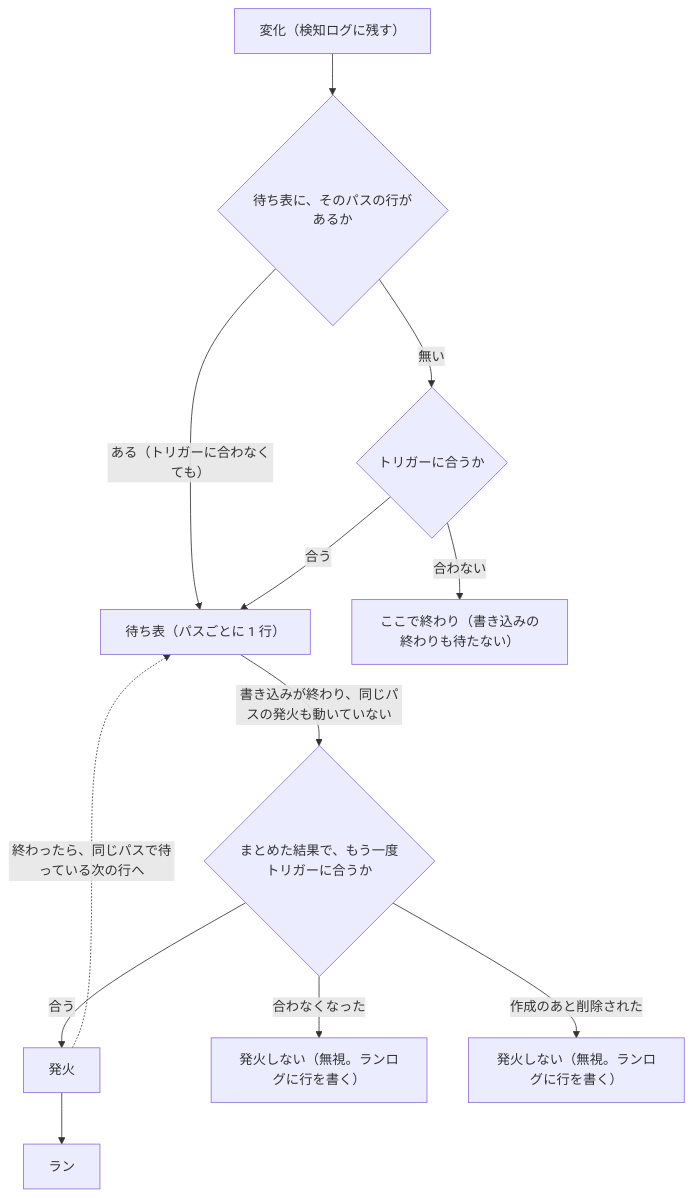
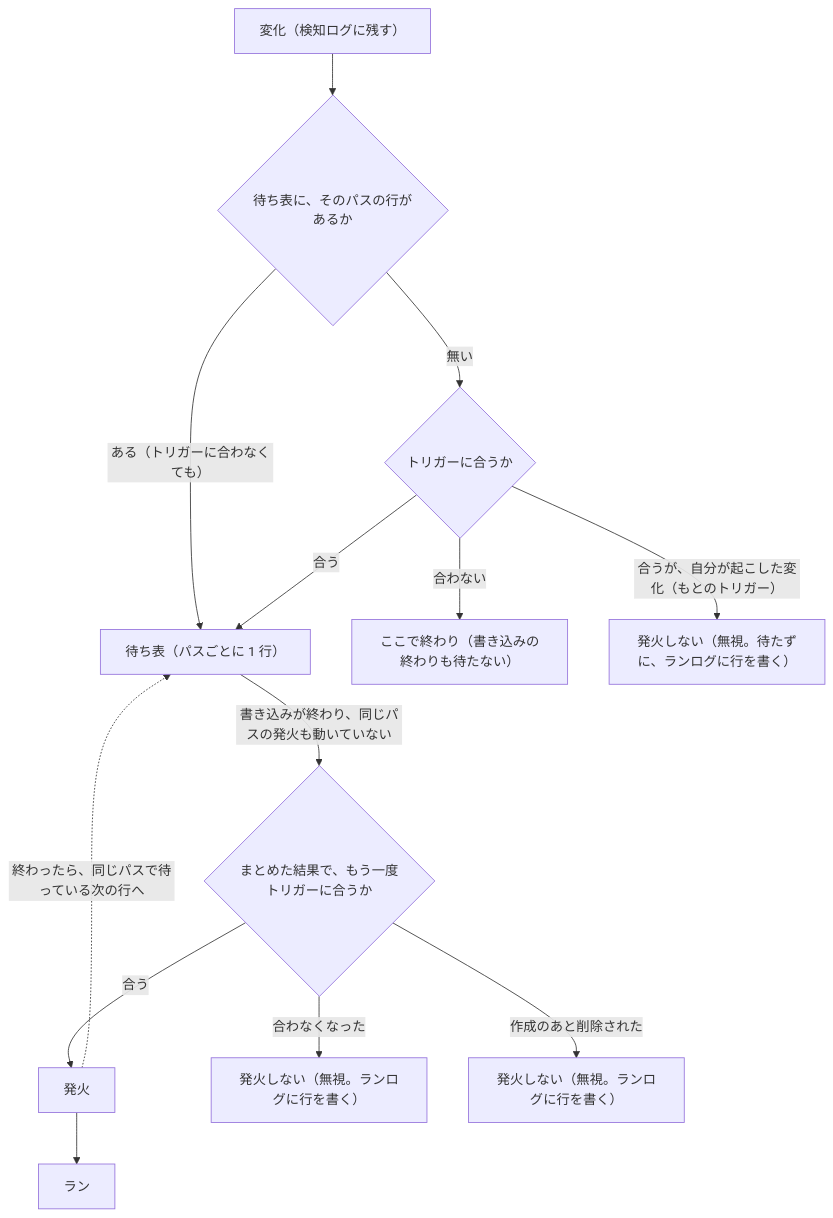
Before and after one commit to capypara20/Foxonar: the fourth of 4 diagrams in docs/design.ja.md, drawn with Mermaid. The commit also changed other lines of this file and 18 other files, not shown here.

````diff
--- a/docs/design.ja.md
+++ b/docs/design.ja.md
@@ -491,14 +511,15 @@
 ```mermaid
 flowchart TD
   change["変化（検知ログに残す）"] --> row{"待ち表に、そのパスの行があるか"}
   row -->|ある（トリガーに合わなくても）| pending
   row -->|無い| match{"トリガーに合うか"}
   match -->|合わない| stop["ここで終わり（書き込みの終わりも待たない）"]
   match -->|合う| pending["待ち表（パスごとに 1 行）"]
+  match -->|合うが、自分が起こした変化（もとのトリガー）| selfign["発火しない（無視。待たずに、ランログに行を書く）"]
   pending -->|書き込みが終わり、同じパスの発火も動いていない| check{"まとめた結果で、もう一度トリガーに合うか"}
   check -->|合う| firing["発火"]
   check -->|合わなくなった| nofire["発火しない（無視。ランログに行を書く）"]
   check -->|作成のあと削除された| ignore["発火しない（無視。ランログに行を書く）"]
   firing --> run["ラン"]
   firing -.->|終わったら、同じパスで待っている次の行へ| pending
 ```
````
